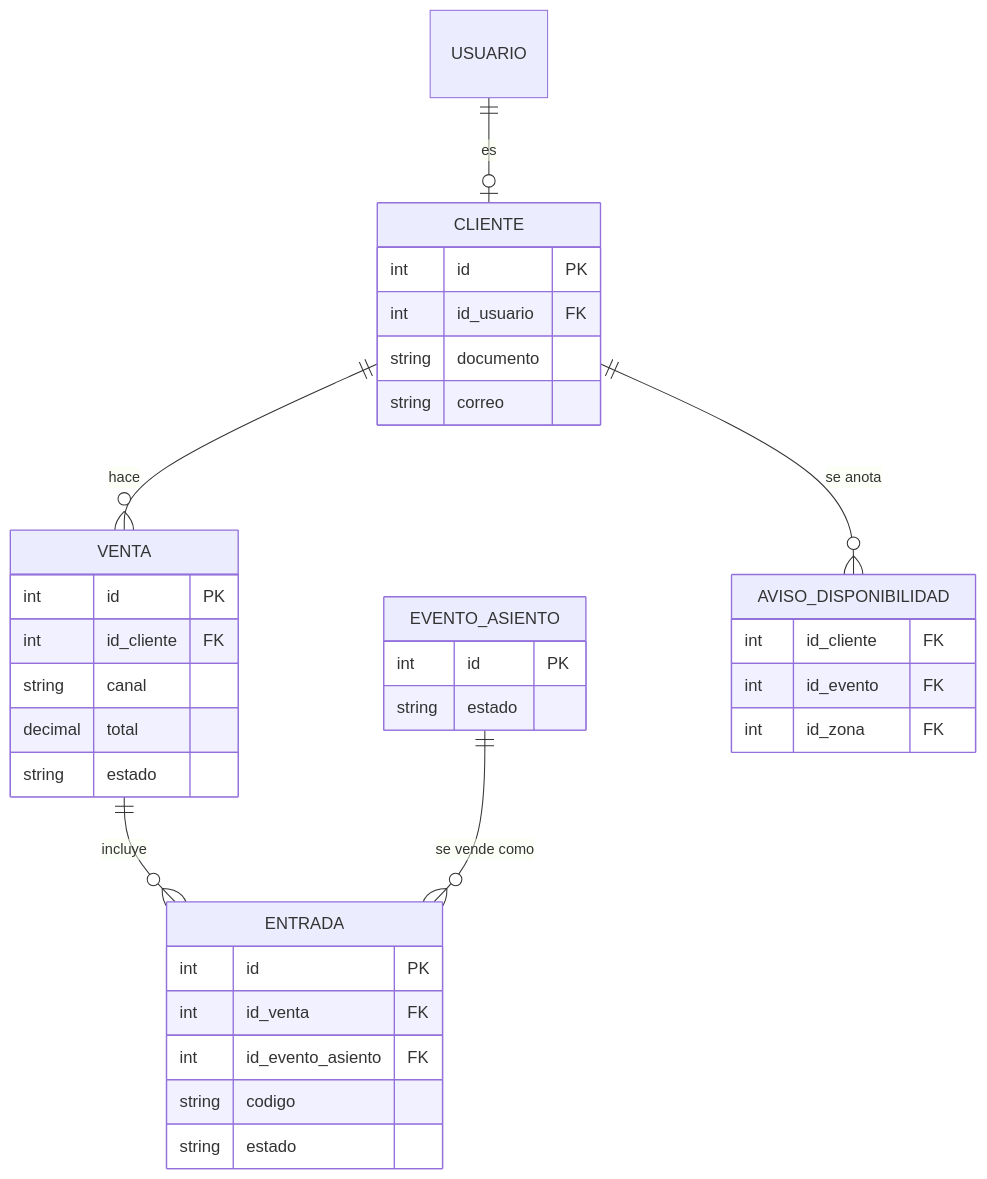
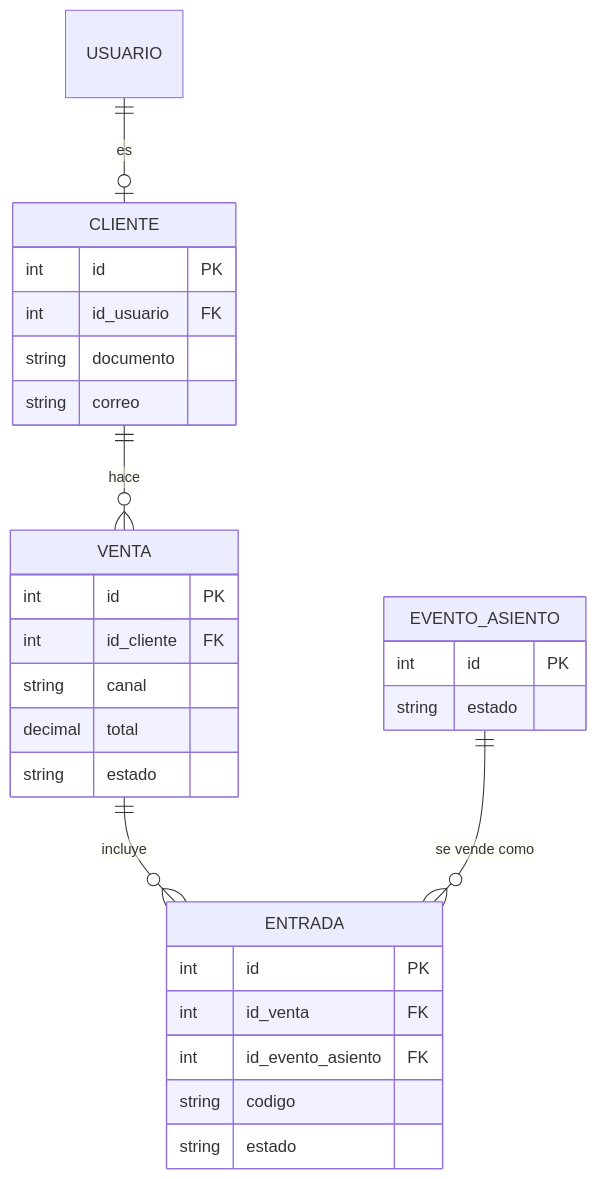
One commit to Jozeeh/TICKA changed the third of 5 diagrams in docs/diagrama_er.md. Above: the diagram before and after it, drawn with Mermaid. The commit also changed other lines of this file and 19 other files, not shown here.

Commit message:
Se elimina el aviso de disponibilidad: tabla, diagrama, requerimientos (renumerados) y script de migración

````diff
--- a/docs/diagrama_er.md
+++ b/docs/diagrama_er.md
@@ -151,38 +149,32 @@
 ```mermaid
 erDiagram
     USUARIO ||--o| CLIENTE : "es"
     CLIENTE ||--o{ VENTA : "hace"
     VENTA ||--o{ ENTRADA : "incluye"
     EVENTO_ASIENTO ||--o{ ENTRADA : "se vende como"
-    CLIENTE ||--o{ AVISO_DISPONIBILIDAD : "se anota"
 
     CLIENTE {
         int id PK
         int id_usuario FK
         string documento
         string correo
     }
     VENTA {
         int id PK
         int id_cliente FK
         string canal
         decimal total
         string estado
     }
     ENTRADA {
         int id PK
         int id_venta FK
         int id_evento_asiento FK
         string codigo
         string estado
     }
     EVENTO_ASIENTO {
         int id PK
         string estado
     }
-    AVISO_DISPONIBILIDAD {
-        int id_cliente FK
-        int id_evento FK
-        int id_zona FK
-    }
 ```
````
